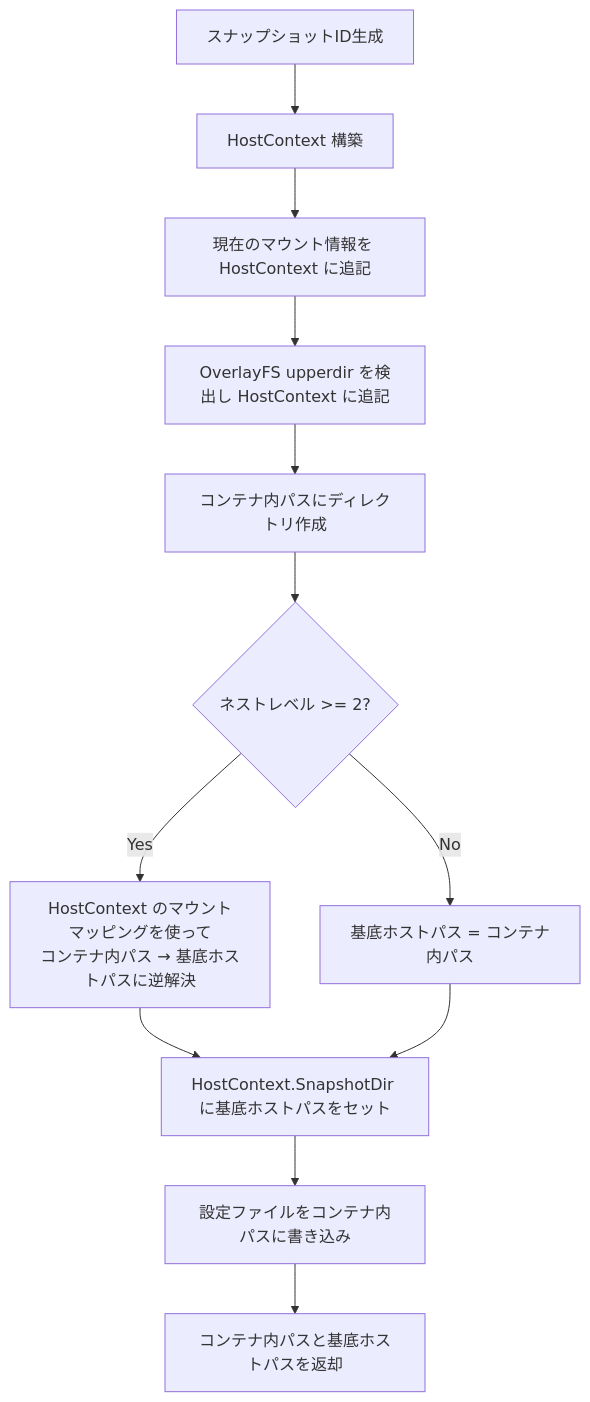
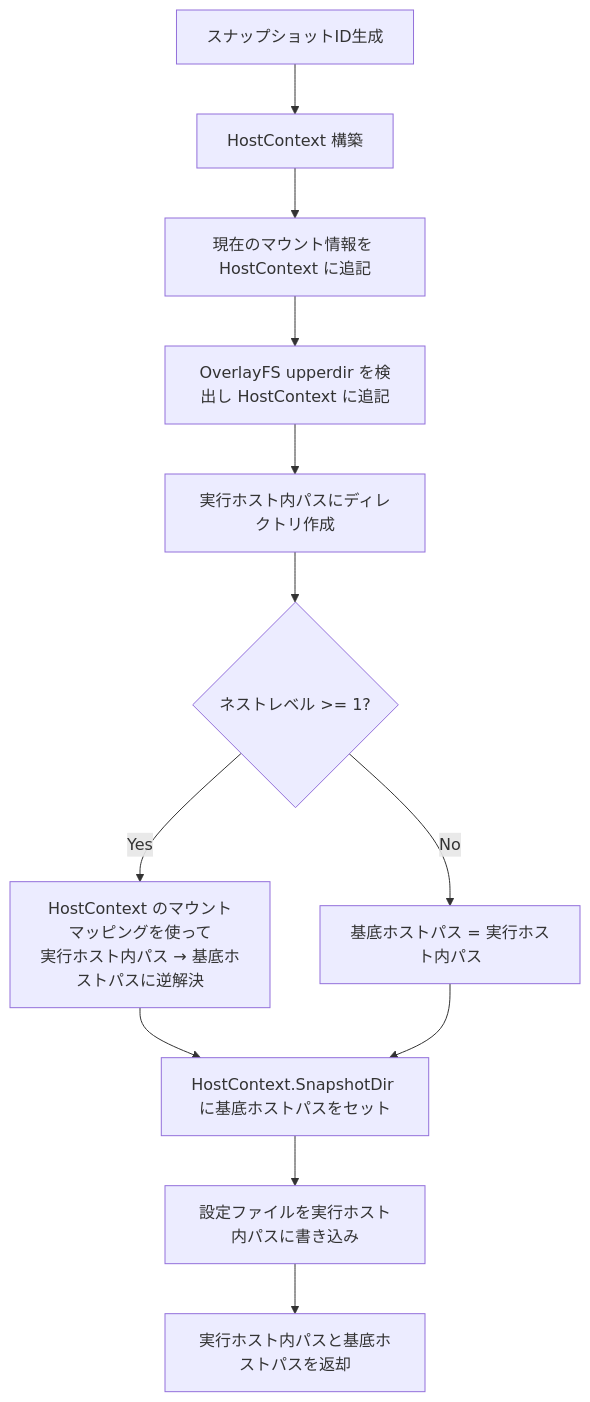
One commit to Tei1988/cderun changed the diagram in docs/features/nested-execution.md. Above: the diagram before and after it, drawn with Mermaid. The commit also changed other lines of this file and 5 other files, not shown here.

````diff
--- a/docs/features/nested-execution.md
+++ b/docs/features/nested-execution.md
@@ -41,14 +41,14 @@
 ```mermaid
 flowchart TD
     A[スナップショットID生成] --> B[HostContext 構築]
     B --> C[現在のマウント情報を HostContext に追記]
     C --> D[OverlayFS upperdir を検出し HostContext に追記]
-    D --> E[コンテナ内パスにディレクトリ作成]
-    E --> F{ネストレベル >= 2?}
-    F -- Yes --> G[HostContext のマウントマッピングを使って\nコンテナ内パス → 基底ホストパスに逆解決]
-    F -- No --> H[基底ホストパス = コンテナ内パス]
+    D --> E[実行ホスト内パスにディレクトリ作成]
+    E --> F{ネストレベル >= 1?}
+    F -- Yes --> G[HostContext のマウントマッピングを使って\n実行ホスト内パス → 基底ホストパスに逆解決]
+    F -- No --> H[基底ホストパス = 実行ホスト内パス]
     G --> I[HostContext.SnapshotDir に基底ホストパスをセット]
     H --> I
-    I --> J[設定ファイルをコンテナ内パスに書き込み]
-    J --> K[コンテナ内パスと基底ホストパスを返却]
+    I --> J[設定ファイルを実行ホスト内パスに書き込み]
+    J --> K[実行ホスト内パスと基底ホストパスを返却]
 ```
````
